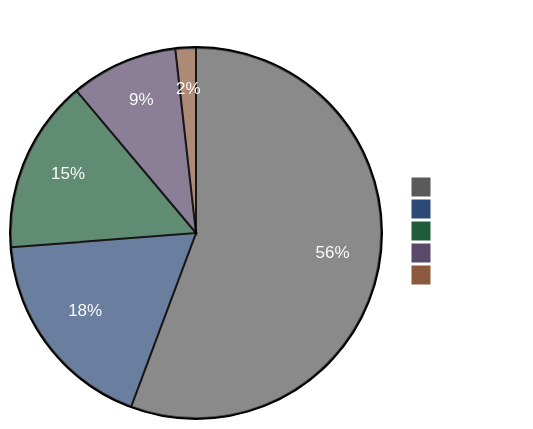
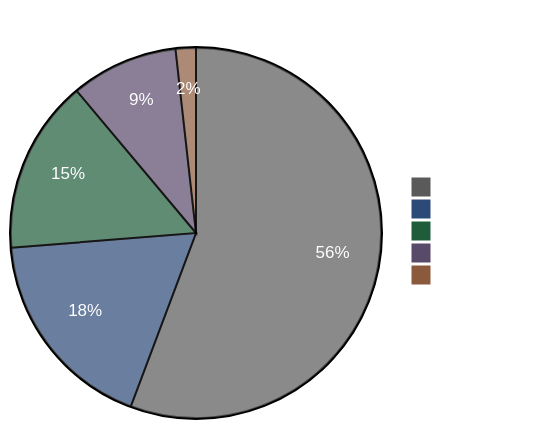
One commit to ccmeteorljh/reco-arxiv-daily changed the diagram in README.md. Above: the diagram before and after it, drawn with Mermaid. The commit also changed other lines of this file and 7 other files, not shown here.

````diff
--- a/README.md
+++ b/README.md
@@ -6,19 +6,19 @@
 ```mermaid
 %%{init: {'theme':'base', 'themeVariables': {
   'pie1':'#5a5a5a',
   'pie2':'#2c4a78',
   'pie3':'#1e5c3a',
   'pie4':'#5a4a6a',
   'pie5':'#8b5a3c',
   'pieTitleTextColor':'#ffffff',
   'pieSectionTextColor':'#ffffff',
   'pieLegendTextColor':'#ffffff'
 }}}%%
 pie showData
 title Paper Distribution by Tag
-  "Other" : 656
-  "LLM" : 213
-  "GR" : 178
-  "Seq" : 110
+  "Other" : 662
+  "LLM" : 214
+  "GR" : 180
+  "Seq" : 111
   "Scaling" : 21
 ```
````
